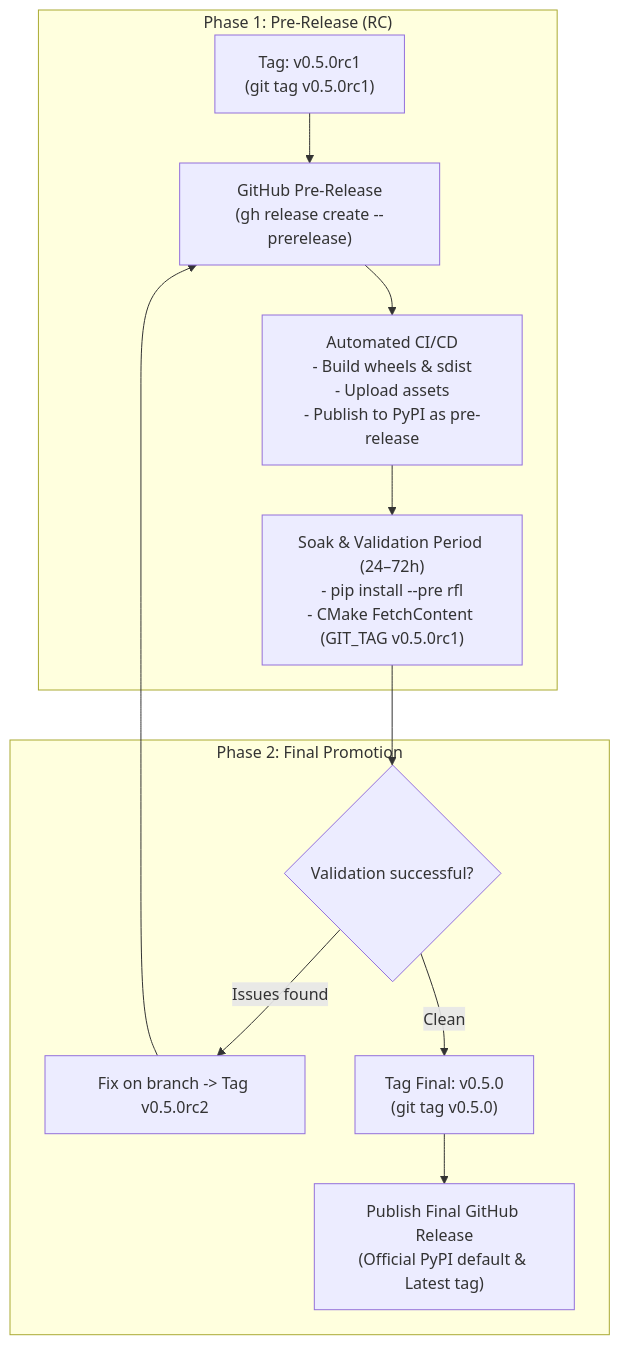
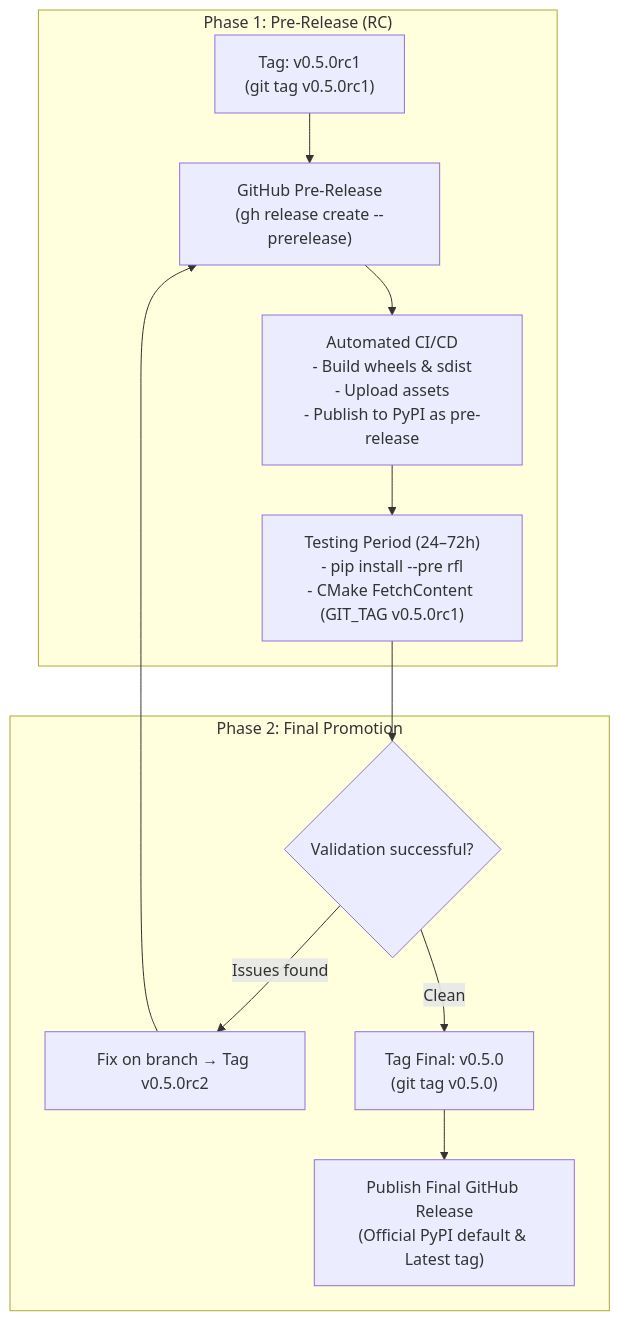
Before and after one commit to pauldruce/RFL: the diagram in docs/Release_Process.md, drawn with Mermaid. The commit also changed other lines of this file and 4 other files, not shown here.

````diff
--- a/docs/Release_Process.md
+++ b/docs/Release_Process.md
@@ -26,16 +26,16 @@
 ```mermaid
 flowchart TD
     subgraph "Phase 1: Pre-Release (RC)"
         A["Tag: v0.5.0rc1\n(git tag v0.5.0rc1)"] --> B["GitHub Pre-Release\n(gh release create --prerelease)"]
         B --> C["Automated CI/CD\n- Build wheels & sdist\n- Upload assets\n- Publish to PyPI as pre-release"]
-        C --> D["Soak & Validation Period (24–72h)\n- pip install --pre rfl\n- CMake FetchContent (GIT_TAG v0.5.0rc1)"]
+        C --> D["Testing Period (24–72h)\n- pip install --pre rfl\n- CMake FetchContent (GIT_TAG v0.5.0rc1)"]
     end
 
     subgraph "Phase 2: Final Promotion"
         D --> E{"Validation successful?"}
-        E -- Issues found --> F["Fix on branch -> Tag v0.5.0rc2"]
+        E -- Issues found --> F["Fix on branch → Tag v0.5.0rc2"]
         F --> B
         E -- Clean --> G["Tag Final: v0.5.0\n(git tag v0.5.0)"]
         G --> H["Publish Final GitHub Release\n(Official PyPI default & Latest tag)"]
     end
 ```
````
